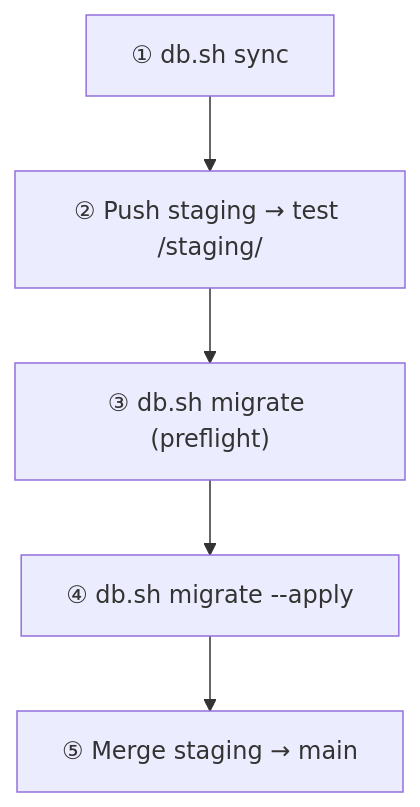
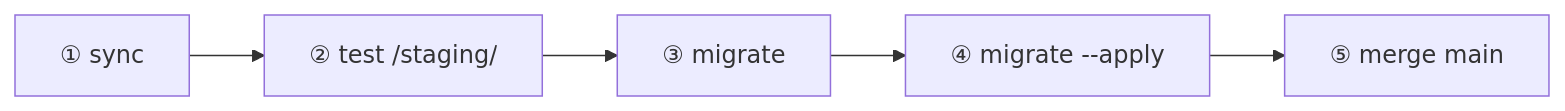
Before and after one commit to fnsventures/petrolpump: the second of 2 diagrams in docs/README.md, drawn with Mermaid. The commit also changed other lines of this file and 14 other files, not shown here.

````diff
--- a/docs/README.md
+++ b/docs/README.md
@@ -204,7 +172,7 @@
 ```mermaid
-flowchart TD
-  S["① db.sh sync"] --> T["② Push staging → test /staging/"]
-  T --> M["③ db.sh migrate (preflight)"]
-  M --> A["④ db.sh migrate --apply"]
-  A --> D["⑤ Merge staging → main"]
+flowchart LR
+  S["① sync"] --> T["② test /staging/"]
+  T --> M["③ migrate"]
+  M --> A["④ migrate --apply"]
+  A --> D["⑤ merge main"]
 ```
````
